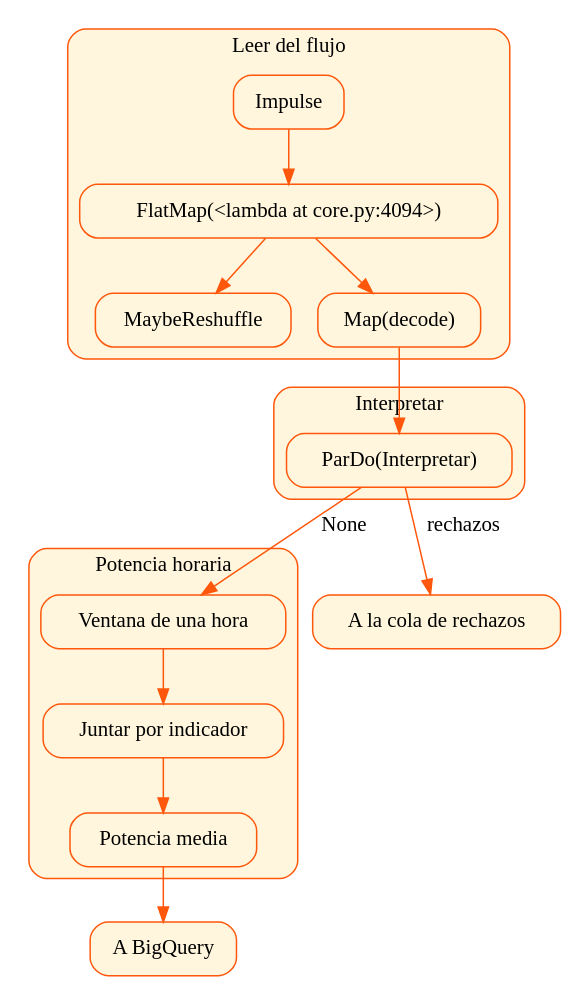
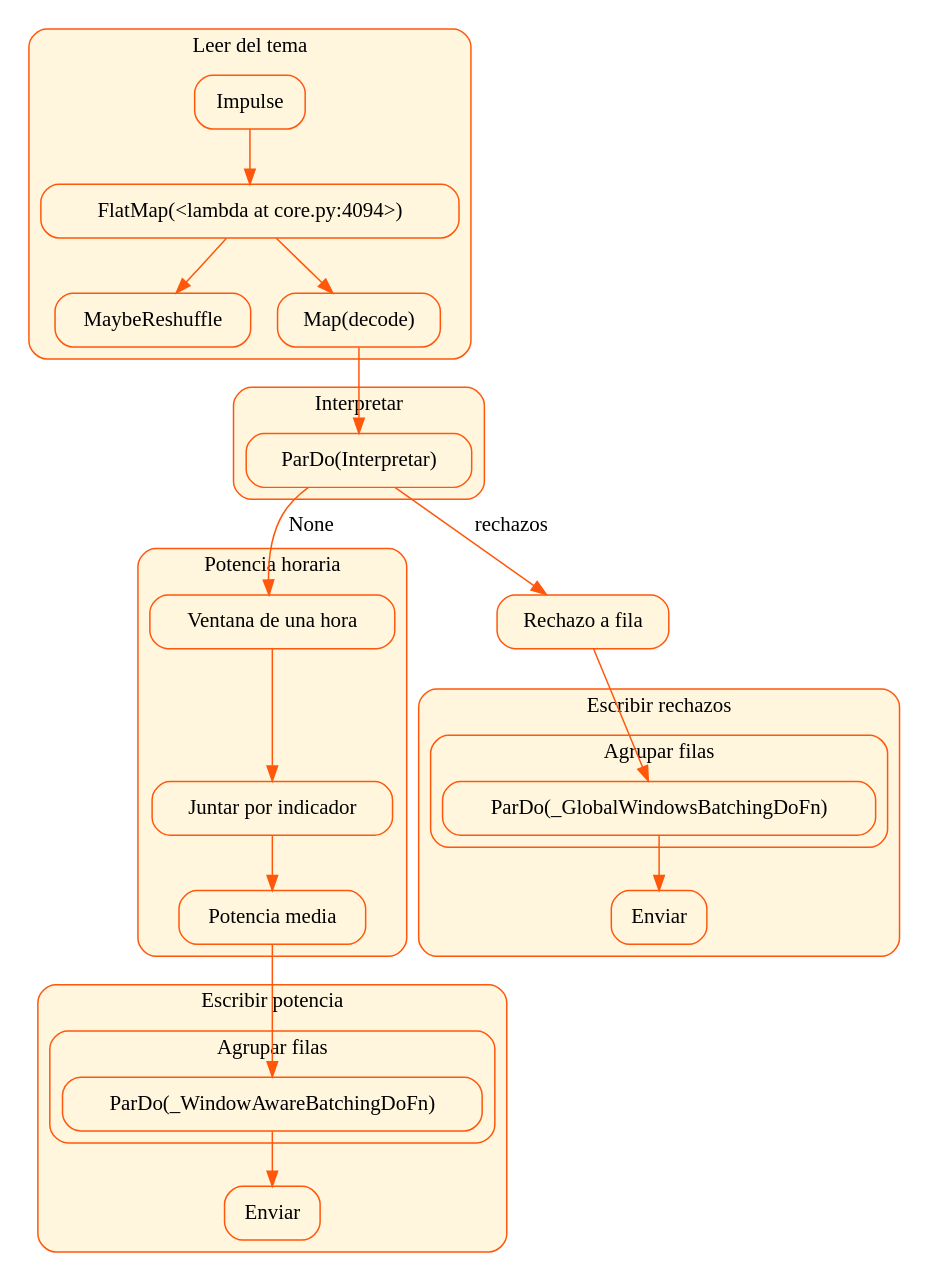
The diagram in docs/pipeline.dot (guillermopereyralucero/rastro), drawn with Graphviz before and after one commit. The commit also changed 20 other files, not shown here.

```diff
--- a/docs/pipeline.dot
+++ b/docs/pipeline.dot
@@ -1,30 +1,48 @@
 digraph G {
-subgraph "cluster_ref_AppliedPTransform_Leer-del-flujo_2" {
-label="Leer del flujo" shape=rect style="rounded, filled" color="#ff570b" fillcolor="#fff6dd"  URL="javascript:click('ref_AppliedPTransform_Leer-del-flujo_2')" 
-"ref_AppliedPTransform_Leer-del-flujo-Impulse_3" [label="Impulse" shape=rect style="rounded, filled" color="#ff570b" fillcolor="#fff6dd"  URL="javascript:click('ref_AppliedPTransform_Leer-del-flujo-Impulse_3')" ]
-"ref_AppliedPTransform_Leer-del-flujo-FlatMap-lambda-at-core-py-4094-_4" [label="FlatMap(<lambda at core.py:4094>)" shape=rect style="rounded, filled" color="#ff570b" fillcolor="#fff6dd"  URL="javascript:click('ref_AppliedPTransform_Leer-del-flujo-FlatMap-lambda-at-core-py-4094-_4')" ]
-"ref_AppliedPTransform_Leer-del-flujo-MaybeReshuffle_5" [label="MaybeReshuffle" shape=rect style="rounded, filled" color="#ff570b" fillcolor="#fff6dd"  URL="javascript:click('ref_AppliedPTransform_Leer-del-flujo-MaybeReshuffle_5')" ]
-"ref_AppliedPTransform_Leer-del-flujo-Map-decode-_6" [label="Map(decode)" shape=rect style="rounded, filled" color="#ff570b" fillcolor="#fff6dd"  URL="javascript:click('ref_AppliedPTransform_Leer-del-flujo-Map-decode-_6')" ]
+subgraph "cluster_ref_AppliedPTransform_Leer-del-tema_2" {
+label="Leer del tema" shape=rect style="rounded, filled" color="#ff570b" fillcolor="#fff6dd"  URL="javascript:click('ref_AppliedPTransform_Leer-del-tema_2')" 
+"ref_AppliedPTransform_Leer-del-tema-Impulse_3" [label="Impulse" shape=rect style="rounded, filled" color="#ff570b" fillcolor="#fff6dd"  URL="javascript:click('ref_AppliedPTransform_Leer-del-tema-Impulse_3')" ]
+"ref_AppliedPTransform_Leer-del-tema-FlatMap-lambda-at-core-py-4094-_4" [label="FlatMap(<lambda at core.py:4094>)" shape=rect style="rounded, filled" color="#ff570b" fillcolor="#fff6dd"  URL="javascript:click('ref_AppliedPTransform_Leer-del-tema-FlatMap-lambda-at-core-py-4094-_4')" ]
+"ref_AppliedPTransform_Leer-del-tema-MaybeReshuffle_5" [label="MaybeReshuffle" shape=rect style="rounded, filled" color="#ff570b" fillcolor="#fff6dd"  URL="javascript:click('ref_AppliedPTransform_Leer-del-tema-MaybeReshuffle_5')" ]
+"ref_AppliedPTransform_Leer-del-tema-Map-decode-_6" [label="Map(decode)" shape=rect style="rounded, filled" color="#ff570b" fillcolor="#fff6dd"  URL="javascript:click('ref_AppliedPTransform_Leer-del-tema-Map-decode-_6')" ]
 }
 subgraph "cluster_ref_AppliedPTransform_Interpretar_7" {
 label="Interpretar" shape=rect style="rounded, filled" color="#ff570b" fillcolor="#fff6dd"  URL="javascript:click('ref_AppliedPTransform_Interpretar_7')" 
 "ref_AppliedPTransform_Interpretar-ParDo-Interpretar-_8" [label="ParDo(Interpretar)" shape=rect style="rounded, filled" color="#ff570b" fillcolor="#fff6dd"  URL="javascript:click('ref_AppliedPTransform_Interpretar-ParDo-Interpretar-_8')" ]
 }
 subgraph "cluster_ref_AppliedPTransform_Potencia-horaria_9" {
 label="Potencia horaria" shape=rect style="rounded, filled" color="#ff570b" fillcolor="#fff6dd"  URL="javascript:click('ref_AppliedPTransform_Potencia-horaria_9')" 
 "ref_AppliedPTransform_Potencia-horaria-Ventana-de-una-hora_10" [label="Ventana de una hora" shape=rect style="rounded, filled" color="#ff570b" fillcolor="#fff6dd"  URL="javascript:click('ref_AppliedPTransform_Potencia-horaria-Ventana-de-una-hora_10')" ]
 "ref_AppliedPTransform_Potencia-horaria-Juntar-por-indicador_11" [label="Juntar por indicador" shape=rect style="rounded, filled" color="#ff570b" fillcolor="#fff6dd"  URL="javascript:click('ref_AppliedPTransform_Potencia-horaria-Juntar-por-indicador_11')" ]
 "ref_AppliedPTransform_Potencia-horaria-Potencia-media_12" [label="Potencia media" shape=rect style="rounded, filled" color="#ff570b" fillcolor="#fff6dd"  URL="javascript:click('ref_AppliedPTransform_Potencia-horaria-Potencia-media_12')" ]
 }
-"ref_AppliedPTransform_A-BigQuery_13" [label="A BigQuery" shape=rect style="rounded, filled" color="#ff570b" fillcolor="#fff6dd"  URL="javascript:click('ref_AppliedPTransform_A-BigQuery_13')" ]
-"ref_AppliedPTransform_A-la-cola-de-rechazos_14" [label="A la cola de rechazos" shape=rect style="rounded, filled" color="#ff570b" fillcolor="#fff6dd"  URL="javascript:click('ref_AppliedPTransform_A-la-cola-de-rechazos_14')" ]
-"ref_AppliedPTransform_Leer-del-flujo-Impulse_3" -> "ref_AppliedPTransform_Leer-del-flujo-FlatMap-lambda-at-core-py-4094-_4" [label="" style=solid color="#ff570b" ]
-"ref_AppliedPTransform_Leer-del-flujo-FlatMap-lambda-at-core-py-4094-_4" -> "ref_AppliedPTransform_Leer-del-flujo-MaybeReshuffle_5" [label="" style=solid color="#ff570b" ]
-"ref_AppliedPTransform_Leer-del-flujo-FlatMap-lambda-at-core-py-4094-_4" -> "ref_AppliedPTransform_Leer-del-flujo-Map-decode-_6" [label="" style=solid color="#ff570b" ]
-"ref_AppliedPTransform_Leer-del-flujo-Map-decode-_6" -> "ref_AppliedPTransform_Interpretar-ParDo-Interpretar-_8" [label="" style=solid color="#ff570b" ]
+subgraph "cluster_ref_AppliedPTransform_Escribir-potencia_13" {
+label="Escribir potencia" shape=rect style="rounded, filled" color="#ff570b" fillcolor="#fff6dd"  URL="javascript:click('ref_AppliedPTransform_Escribir-potencia_13')" 
+subgraph "cluster_ref_AppliedPTransform_Escribir-potencia-Agrupar-filas_14" {
+label="Agrupar filas" shape=rect style="rounded, filled" color="#ff570b" fillcolor="#fff6dd"  URL="javascript:click('ref_AppliedPTransform_Escribir-potencia-Agrupar-filas_14')" 
+"ref_AppliedPTransform_Escribir-potencia-Agrupar-filas-ParDo-_WindowAwareBatchingDoFn-_15" [label="ParDo(_WindowAwareBatchingDoFn)" shape=rect style="rounded, filled" color="#ff570b" fillcolor="#fff6dd"  URL="javascript:click('ref_AppliedPTransform_Escribir-potencia-Agrupar-filas-ParDo-_WindowAwareBatchingDoFn-_15')" ]
+}
+"ref_AppliedPTransform_Escribir-potencia-Enviar_16" [label="Enviar" shape=rect style="rounded, filled" color="#ff570b" fillcolor="#fff6dd"  URL="javascript:click('ref_AppliedPTransform_Escribir-potencia-Enviar_16')" ]
+}
+"ref_AppliedPTransform_Rechazo-a-fila_17" [label="Rechazo a fila" shape=rect style="rounded, filled" color="#ff570b" fillcolor="#fff6dd"  URL="javascript:click('ref_AppliedPTransform_Rechazo-a-fila_17')" ]
+subgraph "cluster_ref_AppliedPTransform_Escribir-rechazos_18" {
+label="Escribir rechazos" shape=rect style="rounded, filled" color="#ff570b" fillcolor="#fff6dd"  URL="javascript:click('ref_AppliedPTransform_Escribir-rechazos_18')" 
+subgraph "cluster_ref_AppliedPTransform_Escribir-rechazos-Agrupar-filas_19" {
+label="Agrupar filas" shape=rect style="rounded, filled" color="#ff570b" fillcolor="#fff6dd"  URL="javascript:click('ref_AppliedPTransform_Escribir-rechazos-Agrupar-filas_19')" 
+"ref_AppliedPTransform_Escribir-rechazos-Agrupar-filas-ParDo-_GlobalWindowsBatchingDoFn-_20" [label="ParDo(_GlobalWindowsBatchingDoFn)" shape=rect style="rounded, filled" color="#ff570b" fillcolor="#fff6dd"  URL="javascript:click('ref_AppliedPTransform_Escribir-rechazos-Agrupar-filas-ParDo-_GlobalWindowsBatchingDoFn-_20')" ]
+}
+"ref_AppliedPTransform_Escribir-rechazos-Enviar_21" [label="Enviar" shape=rect style="rounded, filled" color="#ff570b" fillcolor="#fff6dd"  URL="javascript:click('ref_AppliedPTransform_Escribir-rechazos-Enviar_21')" ]
+}
+"ref_AppliedPTransform_Leer-del-tema-Impulse_3" -> "ref_AppliedPTransform_Leer-del-tema-FlatMap-lambda-at-core-py-4094-_4" [label="" style=solid color="#ff570b" ]
+"ref_AppliedPTransform_Leer-del-tema-FlatMap-lambda-at-core-py-4094-_4" -> "ref_AppliedPTransform_Leer-del-tema-MaybeReshuffle_5" [label="" style=solid color="#ff570b" ]
+"ref_AppliedPTransform_Leer-del-tema-FlatMap-lambda-at-core-py-4094-_4" -> "ref_AppliedPTransform_Leer-del-tema-Map-decode-_6" [label="" style=solid color="#ff570b" ]
+"ref_AppliedPTransform_Leer-del-tema-Map-decode-_6" -> "ref_AppliedPTransform_Interpretar-ParDo-Interpretar-_8" [label="" style=solid color="#ff570b" ]
 "ref_AppliedPTransform_Interpretar-ParDo-Interpretar-_8" -> "ref_AppliedPTransform_Potencia-horaria-Ventana-de-una-hora_10" [label="None" style=solid color="#ff570b" ]
-"ref_AppliedPTransform_Interpretar-ParDo-Interpretar-_8" -> "ref_AppliedPTransform_A-la-cola-de-rechazos_14" [label="rechazos" style=solid color="#ff570b" ]
+"ref_AppliedPTransform_Interpretar-ParDo-Interpretar-_8" -> "ref_AppliedPTransform_Rechazo-a-fila_17" [label="rechazos" style=solid color="#ff570b" ]
 "ref_AppliedPTransform_Potencia-horaria-Ventana-de-una-hora_10" -> "ref_AppliedPTransform_Potencia-horaria-Juntar-por-indicador_11" [label="" style=solid color="#ff570b" ]
 "ref_AppliedPTransform_Potencia-horaria-Juntar-por-indicador_11" -> "ref_AppliedPTransform_Potencia-horaria-Potencia-media_12" [label="" style=solid color="#ff570b" ]
-"ref_AppliedPTransform_Potencia-horaria-Potencia-media_12" -> "ref_AppliedPTransform_A-BigQuery_13" [label="" style=solid color="#ff570b" ]
+"ref_AppliedPTransform_Potencia-horaria-Potencia-media_12" -> "ref_AppliedPTransform_Escribir-potencia-Agrupar-filas-ParDo-_WindowAwareBatchingDoFn-_15" [label="" style=solid color="#ff570b" ]
+"ref_AppliedPTransform_Escribir-potencia-Agrupar-filas-ParDo-_WindowAwareBatchingDoFn-_15" -> "ref_AppliedPTransform_Escribir-potencia-Enviar_16" [label="" style=solid color="#ff570b" ]
+"ref_AppliedPTransform_Rechazo-a-fila_17" -> "ref_AppliedPTransform_Escribir-rechazos-Agrupar-filas-ParDo-_GlobalWindowsBatchingDoFn-_20" [label="" style=solid color="#ff570b" ]
+"ref_AppliedPTransform_Escribir-rechazos-Agrupar-filas-ParDo-_GlobalWindowsBatchingDoFn-_20" -> "ref_AppliedPTransform_Escribir-rechazos-Enviar_21" [label="" style=solid color="#ff570b" ]
 }
```
